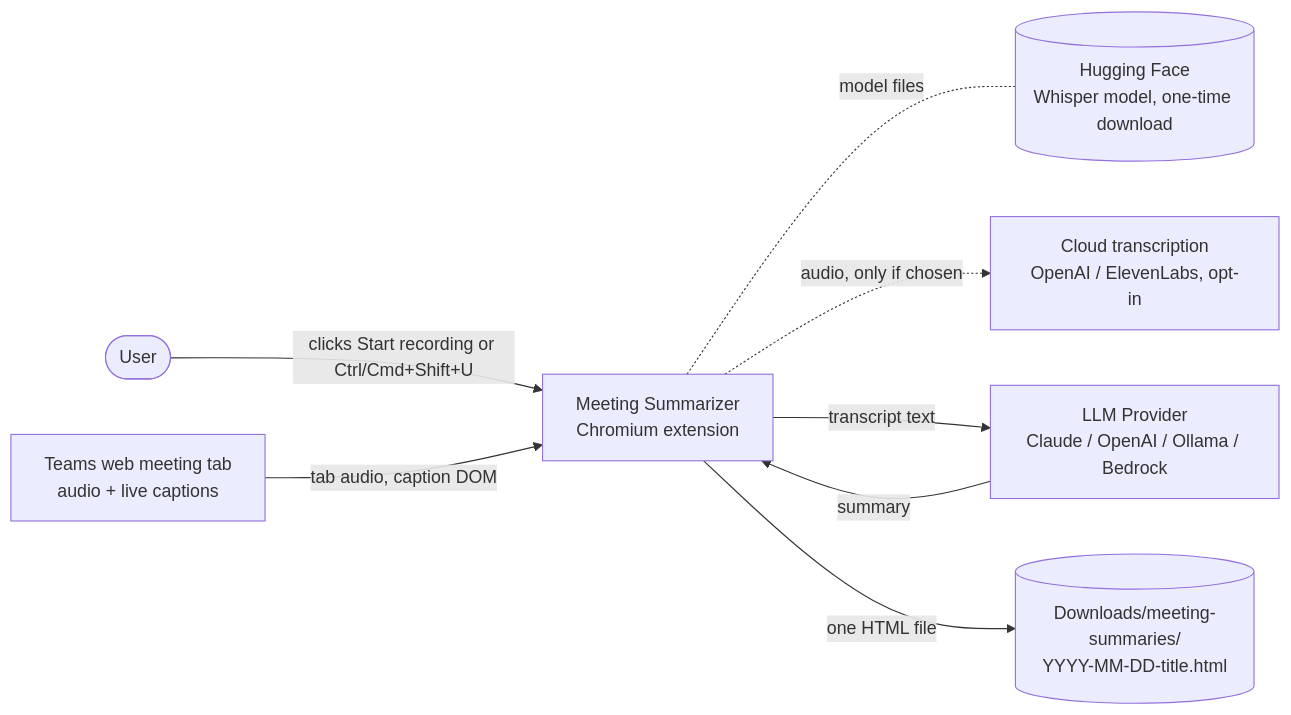
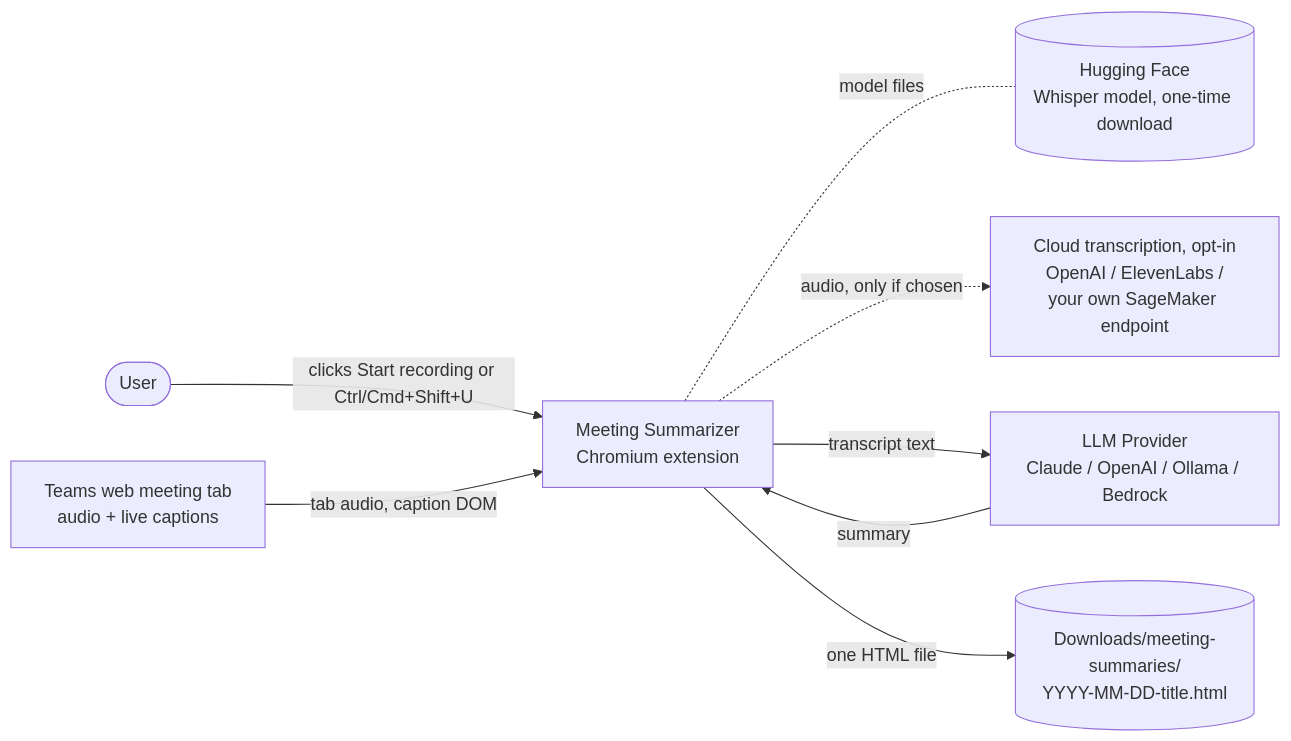
One commit to dominic676767/meeting-summarizer changed the first of 11 diagrams in docs/ARCHITECTURE.md. Above: the diagram before and after it, drawn with Mermaid. The commit also changed other lines of this file and 18 other files, not shown here.

````diff
--- a/docs/ARCHITECTURE.md
+++ b/docs/ARCHITECTURE.md
@@ -32,18 +32,18 @@
 ```mermaid
 flowchart LR
     user(["User"])
     teams["Teams web meeting tab<br/>audio + live captions"]
     ext["Meeting Summarizer<br/>Chromium extension"]
     hf[("Hugging Face<br/>Whisper model, one-time download")]
-    stt["Cloud transcription<br/>OpenAI / ElevenLabs, opt-in"]
+    stt["Cloud transcription, opt-in<br/>OpenAI / ElevenLabs /<br/>your own SageMaker endpoint"]
     llm["LLM Provider<br/>Claude / OpenAI / Ollama / Bedrock"]
     out[("Downloads/meeting-summaries/<br/>YYYY-MM-DD-title.html")]
 
     user -- "clicks Start recording or Ctrl/Cmd+Shift+U" --> ext
     teams -- "tab audio, caption DOM" --> ext
     ext -. "model files" .- hf
     ext -. "audio, only if chosen" .-> stt
     ext -- "transcript text" --> llm
     llm -- "summary" --> ext
     ext -- "one HTML file" --> out
 ```
````
